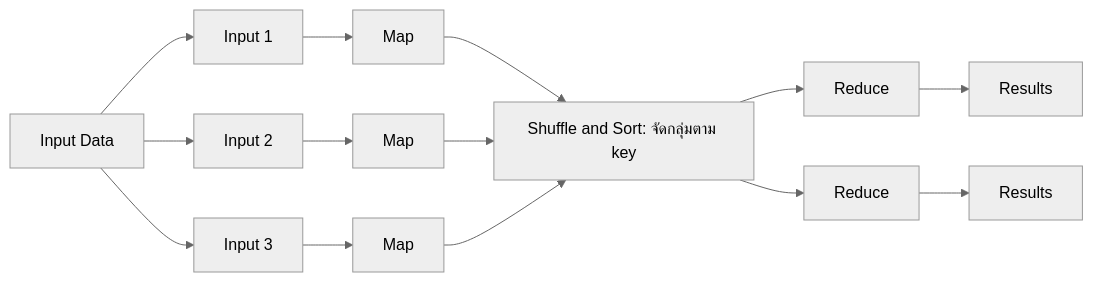
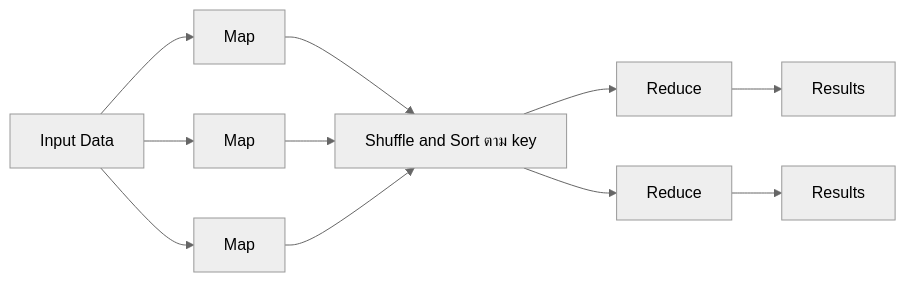
The sixth of 7 diagrams in dads6002-big-data-analytics/summary/01_hadoop[claude].md (mdanmek/nida-dads-notes), drawn with Mermaid (neutral theme) before and after one commit. The commit also changed other lines of this file, not shown here.

````diff
--- a/dads6002-big-data-analytics/summary/01_hadoop[claude].md
+++ b/dads6002-big-data-analytics/summary/01_hadoop[claude].md
@@ -629,11 +295,11 @@
 ```mermaid
 flowchart LR
-    IN["Input Data"] --> S1["Input 1"] --> M1["Map"]
-    IN --> S2["Input 2"] --> M2["Map"]
-    IN --> S3["Input 3"] --> M3["Map"]
-    M1 --> P["Shuffle and Sort: จัดกลุ่มตาม key"]
+    IN["Input Data"] --> M1["Map"]
+    IN --> M2["Map"]
+    IN --> M3["Map"]
+    M1 --> P["Shuffle and Sort ตาม key"]
     M2 --> P
     M3 --> P
     P --> R1["Reduce"] --> O1["Results"]
     P --> R2["Reduce"] --> O2["Results"]
 ```
````
